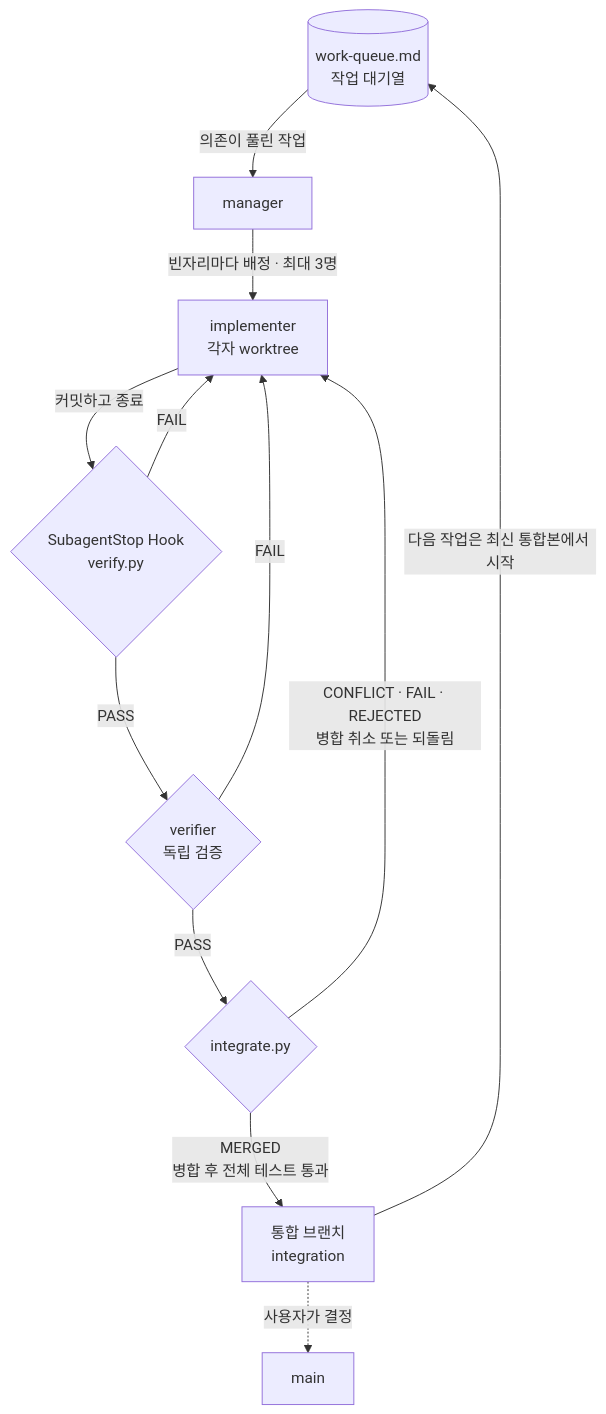
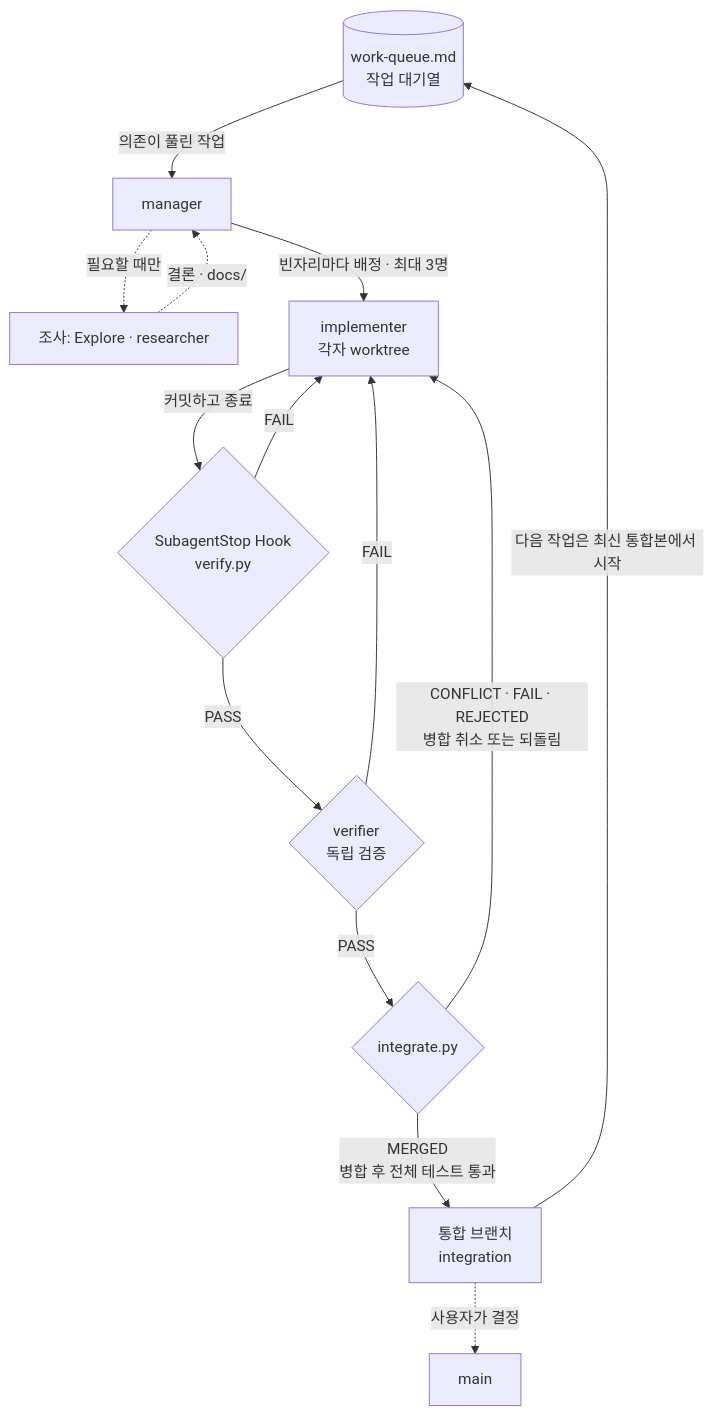
One commit to ZaRi1l/harness-templates changed the diagram in continuous-parallel-dev/README.md. Above: the diagram before and after it, drawn with Mermaid. The commit also changed other lines of this file and 9 other files, not shown here.

First line of the commit message:
feat(agents): 조사 담당 추가 (researcher, 내장 Explore)

````diff
--- a/continuous-parallel-dev/README.md
+++ b/continuous-parallel-dev/README.md
@@ -7,14 +7,16 @@
 ```mermaid
 flowchart TD
     Q[("work-queue.md<br/>작업 대기열")] -->|"의존이 풀린 작업"| M["manager"]
+    M -.->|"필요할 때만"| RS["조사: Explore · researcher"]
+    RS -.->|"결론 · docs/"| M
     M -->|"빈자리마다 배정 · 최대 3명"| I["implementer<br/>각자 worktree"]
     I -->|"커밋하고 종료"| H{"SubagentStop Hook<br/>verify.py"}
     H -->|"FAIL"| I
     H -->|"PASS"| V{"verifier<br/>독립 검증"}
     V -->|"FAIL"| I
     V -->|"PASS"| G{"integrate.py"}
     G -->|"CONFLICT · FAIL · REJECTED<br/>병합 취소 또는 되돌림"| I
     G -->|"MERGED<br/>병합 후 전체 테스트 통과"| B["통합 브랜치<br/>integration"]
     B -->|"다음 작업은 최신 통합본에서 시작"| Q
     B -.->|"사용자가 결정"| MAIN["main"]
 ```
````
